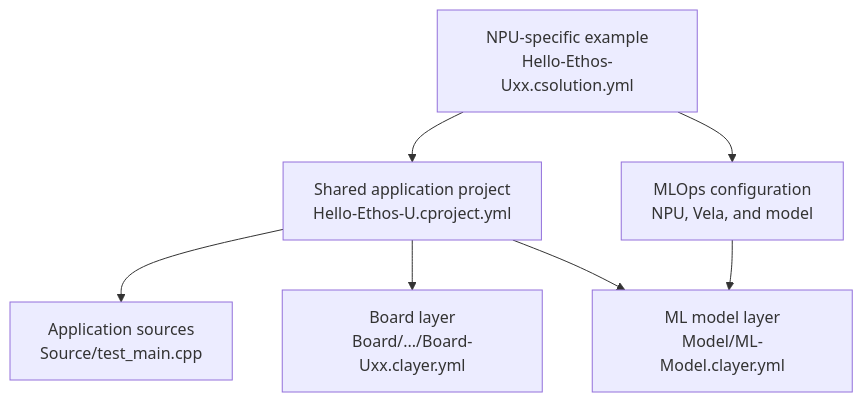
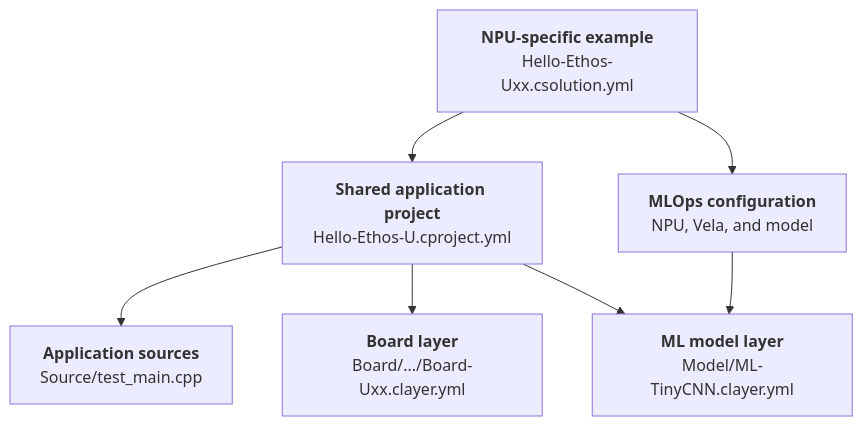
Before and after one commit to VladimirUmek/Ethos-U: the third of 3 diagrams in documentation/doxygen/integration/src/main.md, drawn with Mermaid. The commit also changed other lines of this file and 14 other files, not shown here.

````diff
--- a/documentation/doxygen/integration/src/main.md
+++ b/documentation/doxygen/integration/src/main.md
@@ -286,9 +307,9 @@
 ```mermaid
 flowchart TD
-    solution["NPU-specific example<br/>Hello-Ethos-Uxx.csolution.yml"] -->  project["Shared application project<br/>Hello-Ethos-U.cproject.yml"]
-    solution --> mlops["MLOps configuration<br/>NPU, Vela, and model"]
-    project --> sources["Application sources<br/>Source/test_main.cpp"]
-    project --> board["Board layer<br/>Board/.../Board-Uxx.clayer.yml"]
-    project --> model["ML model layer<br/>Model/ML-Model.clayer.yml"]
+    solution["<b>NPU-specific example</b><br/>Hello-Ethos-Uxx.csolution.yml"] -->  project["<b>Shared application project</b><br/>Hello-Ethos-U.cproject.yml"]
+    solution --> mlops["<b>MLOps configuration</b><br/>NPU, Vela, and model"]
+    project --> sources["<b>Application sources</b><br/>Source/test_main.cpp"]
+    project --> board["<b>Board layer</b><br/>Board/.../Board-Uxx.clayer.yml"]
+    project --> model["<b>ML model layer</b><br/>Model/ML-TinyCNN.clayer.yml"]
     mlops --> model
 ```
````
